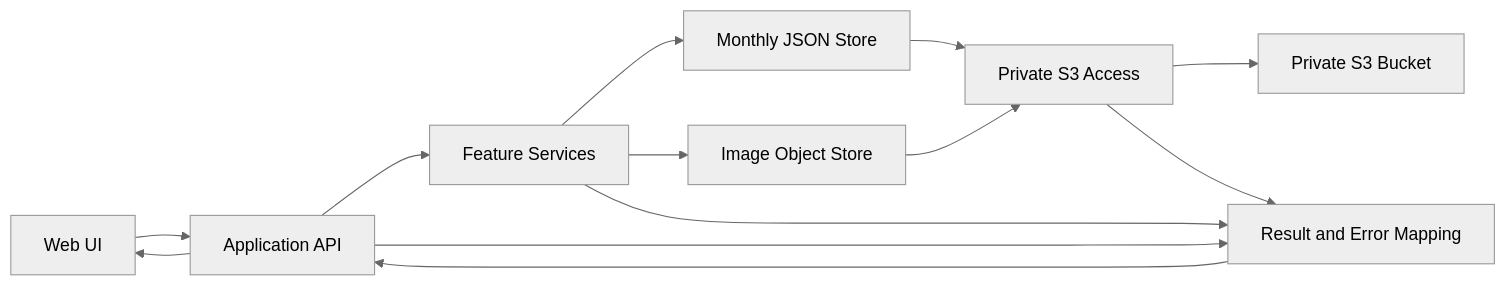
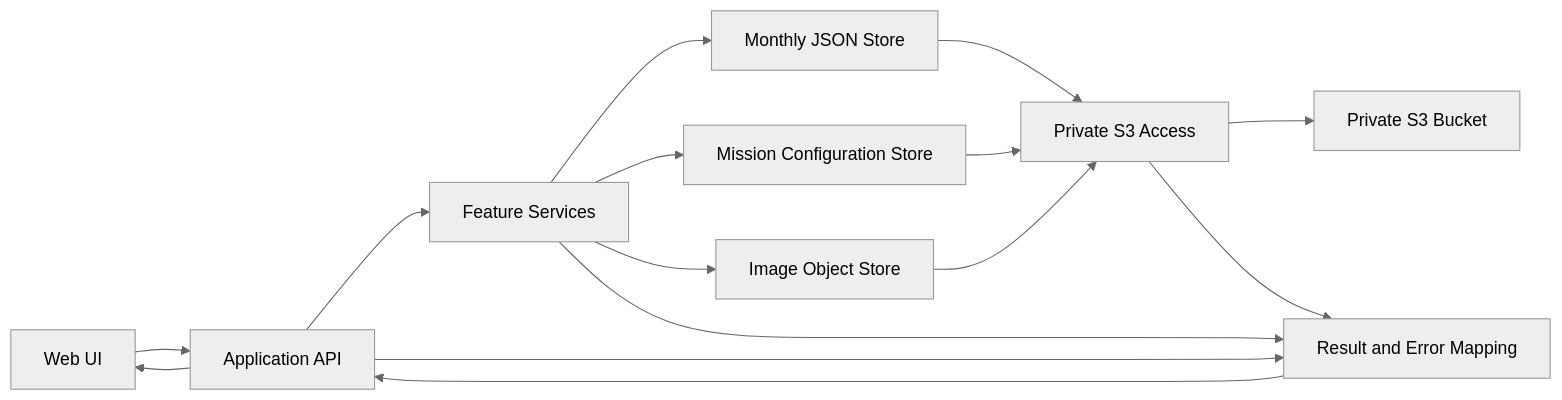
Before and after one commit to pisa-kun/weight-fitness-app: the diagram in aidlc-docs/inception/application-design/component-dependency.md, drawn with Mermaid (neutral theme). The commit also changed other lines of this file and 14 other files, not shown here.

````diff
--- a/aidlc-docs/inception/application-design/component-dependency.md
+++ b/aidlc-docs/inception/application-design/component-dependency.md
@@ -21,15 +23,17 @@
 ```mermaid
 flowchart LR
     UI[Web UI] --> API[Application API]
     API --> SVC[Feature Services]
     SVC --> JSON[Monthly JSON Store]
+    SVC --> MCFG[Mission Configuration Store]
     SVC --> IMG[Image Object Store]
     JSON --> S3A[Private S3 Access]
+    MCFG --> S3A
     IMG --> S3A
     S3A --> S3[Private S3 Bucket]
     API --> ERR[Result and Error Mapping]
     SVC --> ERR
     S3A --> ERR
     ERR --> API
     API --> UI
 ```
````
